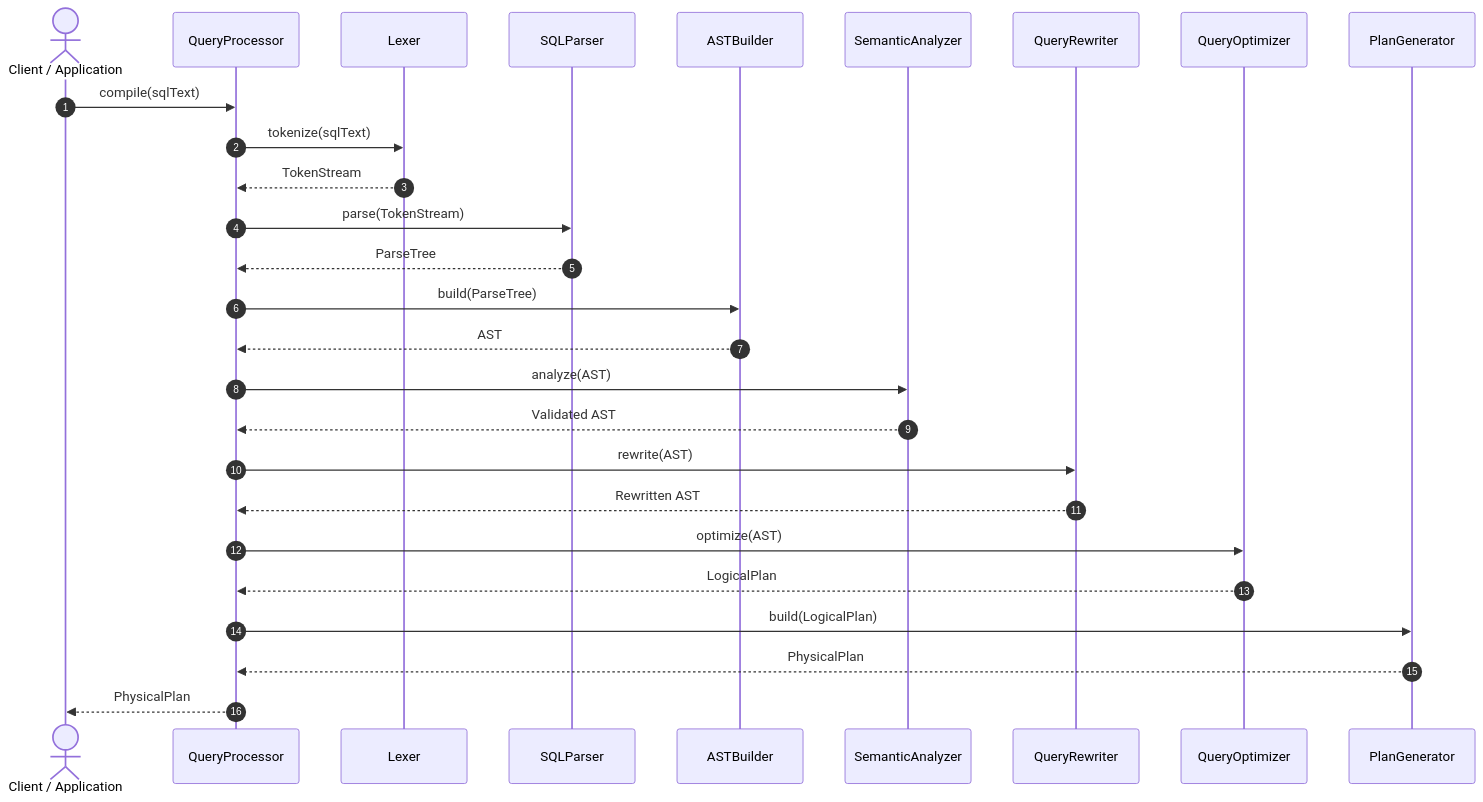
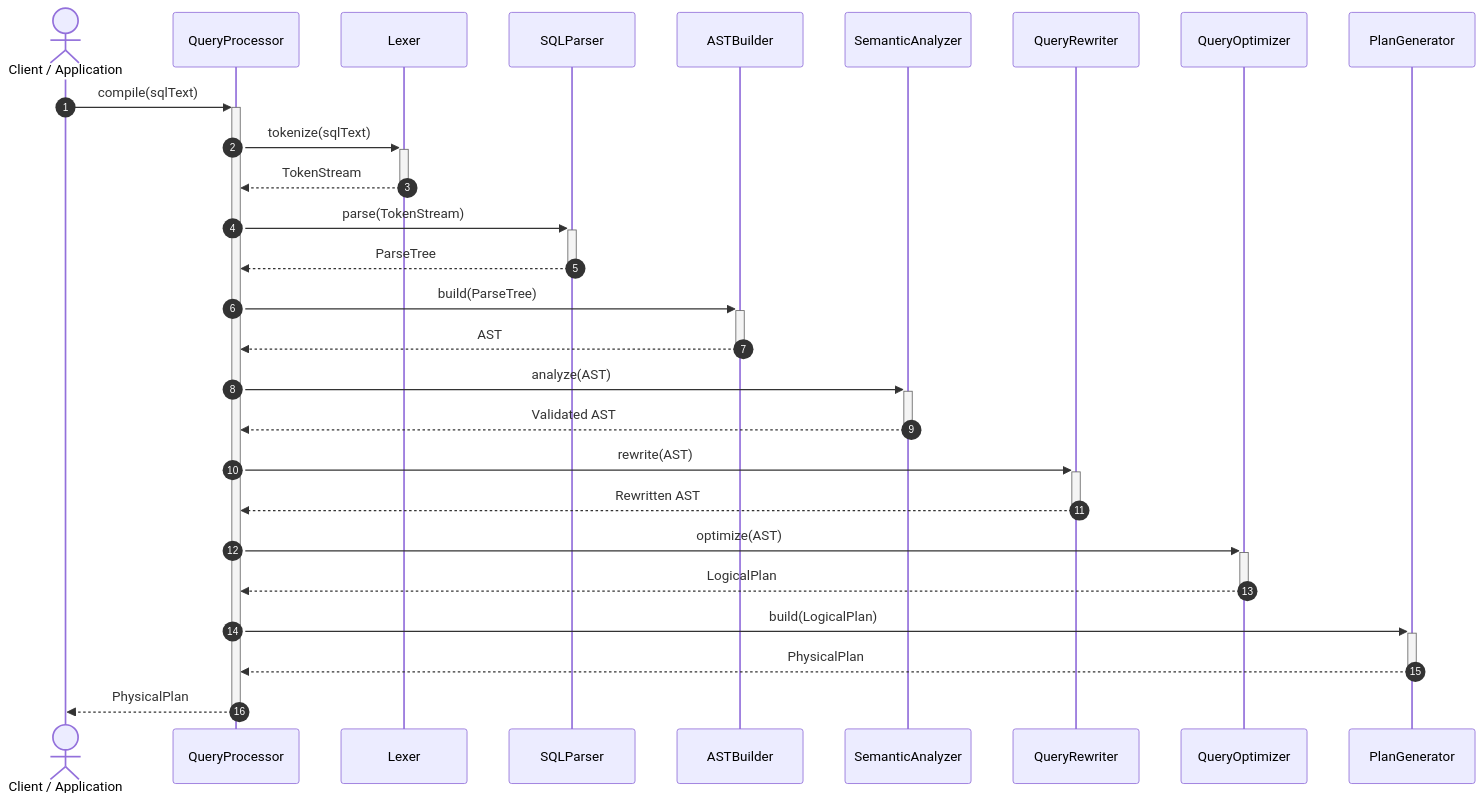
Before and after one commit to Dikhang1112/Database_Management_BBV: the eighth of 13 diagrams in docs/design_patterns/query_processor/Sequece.md, drawn with Mermaid. The commit also changed other lines of this file and 12 other files, not shown here.

Commit message:
Refactor sequece diagram

````diff
--- a/docs/design_patterns/query_processor/Sequece.md
+++ b/docs/design_patterns/query_processor/Sequece.md
@@ -236,30 +236,30 @@
 ```mermaid
 sequenceDiagram
     autonumber
     actor Client as Client / Application
     participant QP as QueryProcessor
     participant Lexer as Lexer
     participant Parser as SQLParser
     participant ASTB as ASTBuilder
     participant SA as SemanticAnalyzer
     participant QR as QueryRewriter
     participant Optimizer as QueryOptimizer
     participant PG as PlanGenerator
 
-    Client->>QP: compile(sqlText)
-    QP->>Lexer: tokenize(sqlText)
-    Lexer-->>QP: TokenStream
-    QP->>Parser: parse(TokenStream)
-    Parser-->>QP: ParseTree
-    QP->>ASTB: build(ParseTree)
-    ASTB-->>QP: AST
-    QP->>SA: analyze(AST)
-    SA-->>QP: Validated AST
-    QP->>QR: rewrite(AST)
-    QR-->>QP: Rewritten AST
-    QP->>Optimizer: optimize(AST)
-    Optimizer-->>QP: LogicalPlan
-    QP->>PG: build(LogicalPlan)
-    PG-->>QP: PhysicalPlan
-    QP-->>Client: PhysicalPlan
+    Client->>+QP: compile(sqlText)
+    QP->>+Lexer: tokenize(sqlText)
+    Lexer-->>-QP: TokenStream
+    QP->>+Parser: parse(TokenStream)
+    Parser-->>-QP: ParseTree
+    QP->>+ASTB: build(ParseTree)
+    ASTB-->>-QP: AST
+    QP->>+SA: analyze(AST)
+    SA-->>-QP: Validated AST
+    QP->>+QR: rewrite(AST)
+    QR-->>-QP: Rewritten AST
+    QP->>+Optimizer: optimize(AST)
+    Optimizer-->>-QP: LogicalPlan
+    QP->>+PG: build(LogicalPlan)
+    PG-->>-QP: PhysicalPlan
+    QP-->>-Client: PhysicalPlan
 ```
````
